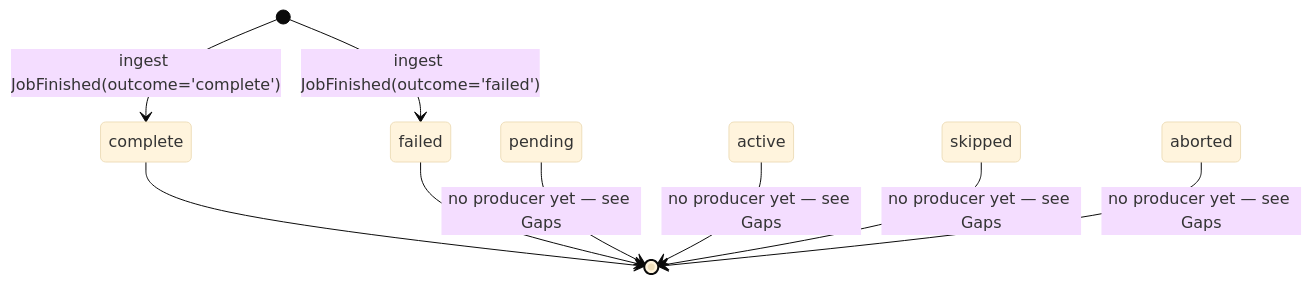
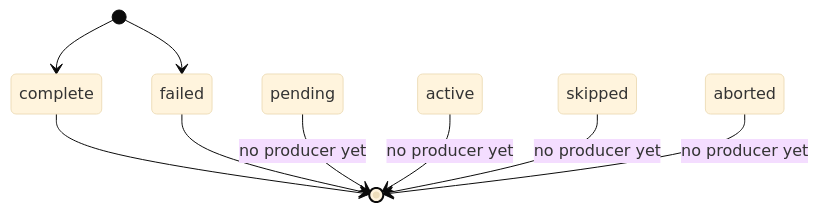
The second of 4 diagrams in docs/CI-STATE.md (kejadlen/quire), drawn with Mermaid (base theme) before and after one commit. The commit also changed other lines of this file, not shown here.

Commit message:
Remove all unsupported syntax from stateDiagram-v2 blocks
GitHub's Mermaid renderer does not support:
- Labels on [*] source transitions ([*] --> state : label)
- Literal \n in transition labels
- Single quotes and em-dashes in labels

Strip labels from all [*] --> state edges and clean remaining
label text in both the run and job state machine diagrams.

https://claude.ai/code/session_01LdNYB6p5XrPhS7E7tKkW8S

````diff
--- a/docs/CI-STATE.md
+++ b/docs/CI-STATE.md
@@ -101,13 +101,13 @@
 ```mermaid
 stateDiagram-v2
-    [*] --> complete : ingest JobFinished(outcome='complete')
-    [*] --> failed   : ingest JobFinished(outcome='failed')
+    [*] --> complete
+    [*] --> failed
 
     complete --> [*]
     failed   --> [*]
 
-    pending --> [*] : no producer yet — see Gaps
-    active  --> [*] : no producer yet — see Gaps
-    skipped --> [*] : no producer yet — see Gaps
-    aborted --> [*] : no producer yet — see Gaps
+    pending --> [*] : no producer yet
+    active  --> [*] : no producer yet
+    skipped --> [*] : no producer yet
+    aborted --> [*] : no producer yet
 ```
````
